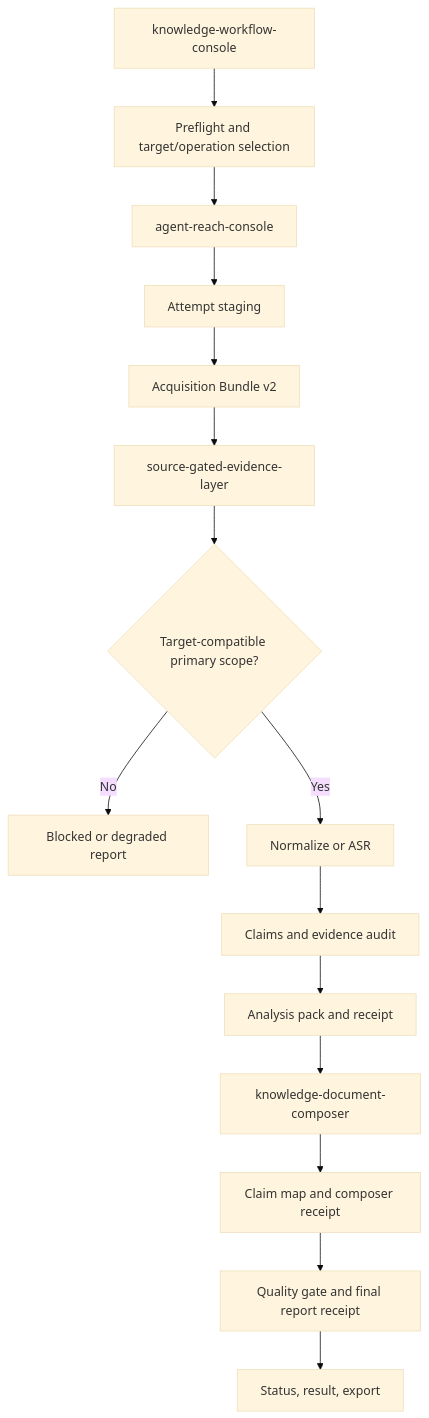
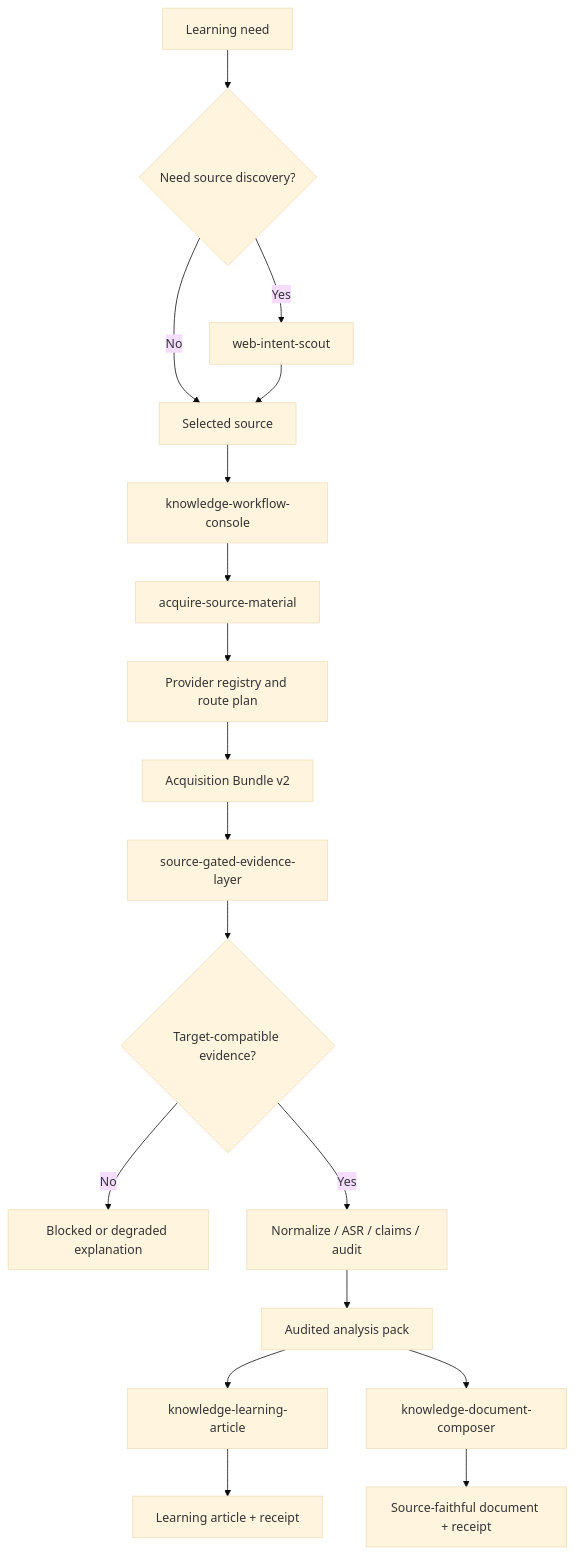
Before and after one commit to sitabanubanu/codex-knowledge-workflow-skills: the diagram in docs/architecture.md, drawn with Mermaid (base theme). The commit also changed other lines of this file and 95 other files, not shown here.

Commit message:
feat: replace Agent Reach with native acquisition

````diff
--- a/docs/architecture.md
+++ b/docs/architecture.md
@@ -5,17 +5,20 @@
 ```mermaid
 flowchart TD
-    A["knowledge-workflow-console"] --> B["Preflight and target/operation selection"]
-    B --> C["agent-reach-console"]
-    C --> D["Attempt staging"]
-    D --> E["Acquisition Bundle v2"]
-    E --> F["source-gated-evidence-layer"]
-    F --> G{"Target-compatible primary scope?"}
-    G -- No --> H["Blocked or degraded report"]
-    G -- Yes --> I["Normalize or ASR"]
-    I --> J["Claims and evidence audit"]
-    J --> K["Analysis pack and receipt"]
-    K --> L["knowledge-document-composer"]
-    L --> M["Claim map and composer receipt"]
-    M --> N["Quality gate and final report receipt"]
-    N --> O["Status, result, export"]
+    A["Learning need"] --> B{"Need source discovery?"}
+    B -- Yes --> C["web-intent-scout"]
+    B -- No --> D["Selected source"]
+    C --> D
+    D --> E["knowledge-workflow-console"]
+    E --> F["acquire-source-material"]
+    F --> G["Provider registry and route plan"]
+    G --> H["Acquisition Bundle v2"]
+    H --> I["source-gated-evidence-layer"]
+    I --> J{"Target-compatible evidence?"}
+    J -- No --> K["Blocked or degraded explanation"]
+    J -- Yes --> L["Normalize / ASR / claims / audit"]
+    L --> M["Audited analysis pack"]
+    M --> N["knowledge-learning-article"]
+    M --> O["knowledge-document-composer"]
+    N --> P["Learning article + receipt"]
+    O --> Q["Source-faithful document + receipt"]
 ```
````
